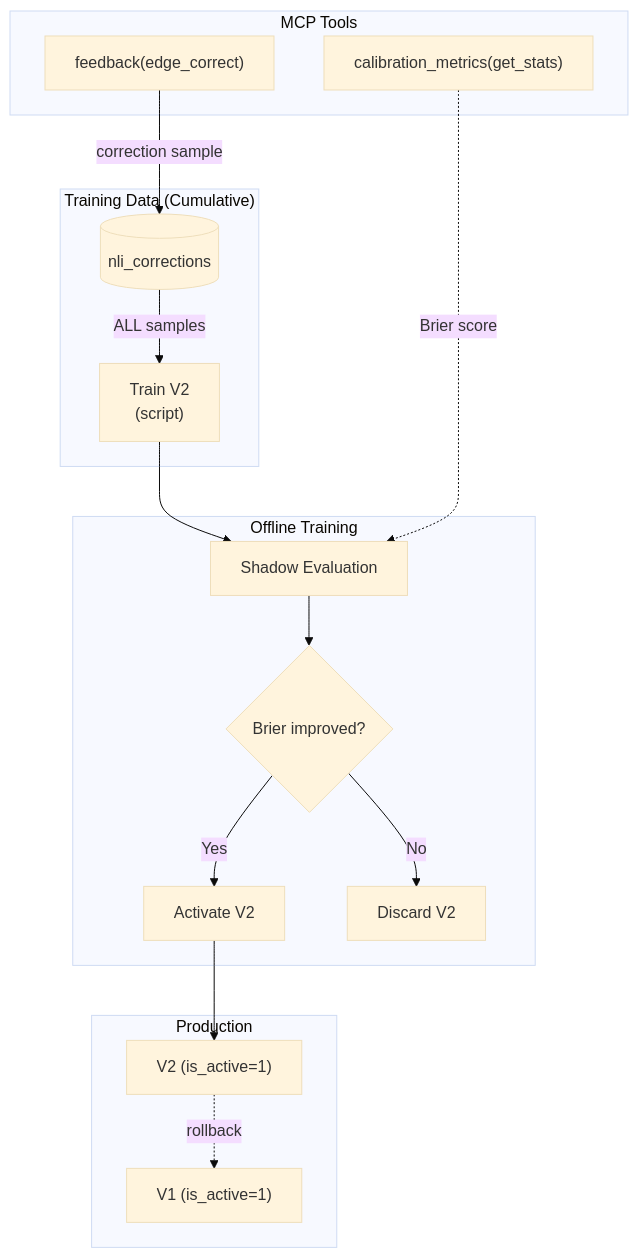
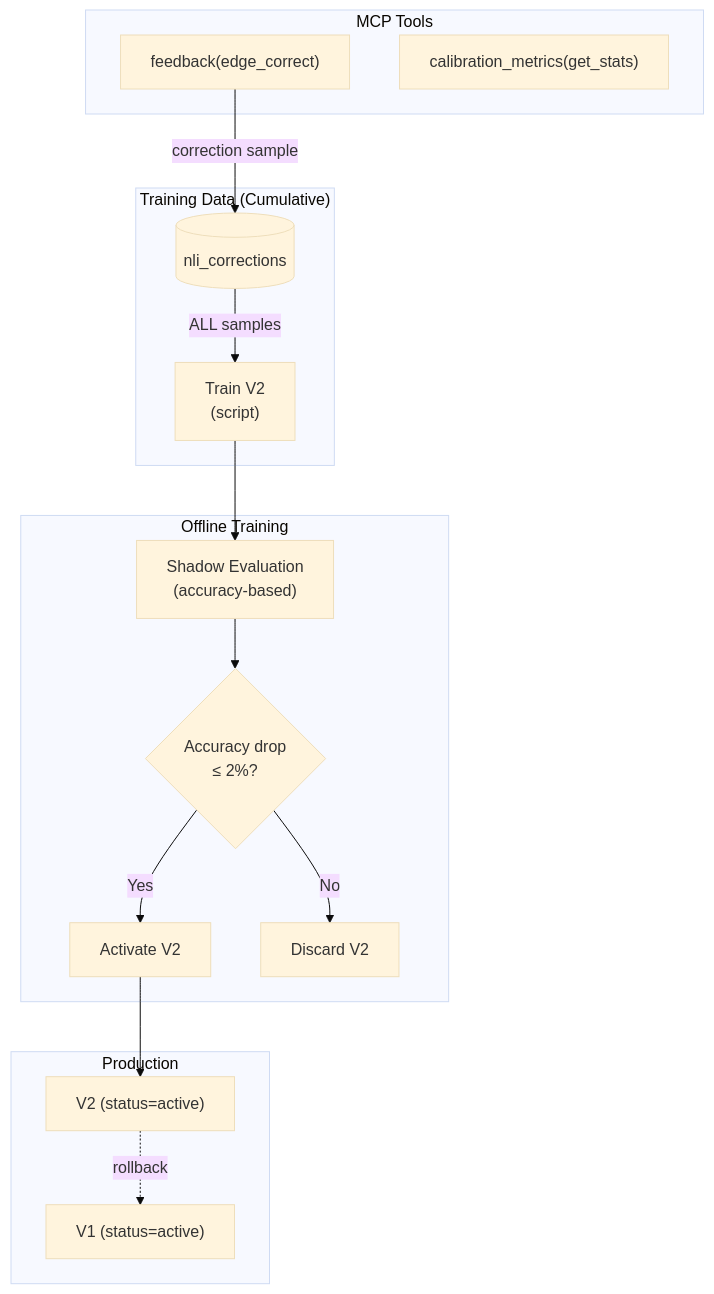
The second of 2 diagrams in docs/adr/0011-lora-fine-tuning.md (k-shibuki/lyra), drawn with Mermaid (base theme) before and after one commit. The commit also changed other lines of this file and 1 other file, not shown here.

Commit message:
docs: fix candidate file-deletion ambiguity and shadow eval metric confusion
## Fix 1: candidate ファイル廃棄条件を substate で明確化

status='candidate' は「shadow eval 失敗」と「承認待ち」の2状態を含む:
- shadow eval 失敗: 不採用確定 → ファイル即廃棄可
- 承認待ち（通過済み）: active 遷移に必要 → 廃棄禁止

状態遷移図を分岐形式に更新し、廃棄テーブルを5行に拡張。

## Fix 2: shadow eval のゲート指標を accuracy に統一

指摘: shadow eval に Brier score と accuracy が混在していた。
- shadow eval ゲート = accuracy（旧比 -2% 以内）
- Brier/ECE = 事後の校正監視（shadow eval ゲートには使わない）

変更箇所:
- LoRA_adaptor.md §8.1: 「改善確認」→「accuracy 劣化なし（旧比 −2% 以内）確認」＋注釈追加
- ADR-0011 Mermaid図: `Brier improved?` → `Accuracy drop ≤2%?`、`CM -.->|Brier score|` 削除
- ADR-0011 Step 3: "If improved" → "If accuracy degradation ≤ 2%"、ゲート指標を明記
- ADR-0011 MCP Tools: calibration_metrics は post-activation monitoring であると明記

https://claude.ai/code/session_01BSdKzxXgQV5pBbiJvvg7rT

````diff
--- a/docs/adr/0011-lora-fine-tuning.md
+++ b/docs/adr/0011-lora-fine-tuning.md
@@ -97,26 +97,25 @@
 ```mermaid
 flowchart TD
     subgraph MCP["MCP Tools"]
         FB["feedback(edge_correct)"]
         CM["calibration_metrics(get_stats)"]
     end
     
     subgraph Data["Training Data (Cumulative)"]
         FB -->|correction sample| NC[(nli_corrections)]
         NC -->|"ALL samples"| Train
     end
     
     subgraph Pipeline["Offline Training"]
-        Train["Train V2<br/>(script)"] --> Shadow["Shadow Evaluation"]
-        CM -.->|Brier score| Shadow
-        Shadow --> Check{Brier improved?}
+        Train["Train V2<br/>(script)"] --> Shadow["Shadow Evaluation<br/>(accuracy-based)"]
+        Shadow --> Check{"Accuracy drop<br/>≤ 2%?"}
         Check -->|Yes| Activate["Activate V2"]
         Check -->|No| Discard["Discard V2"]
     end
-    
+
     subgraph Production["Production"]
-        V1["V1 (is_active=1)"]
-        Activate --> V2["V2 (is_active=1)"]
+        V1["V1 (status=active)"]
+        Activate --> V2["V2 (status=active)"]
         V2 -.->|rollback| V1
     end
 ```
````
